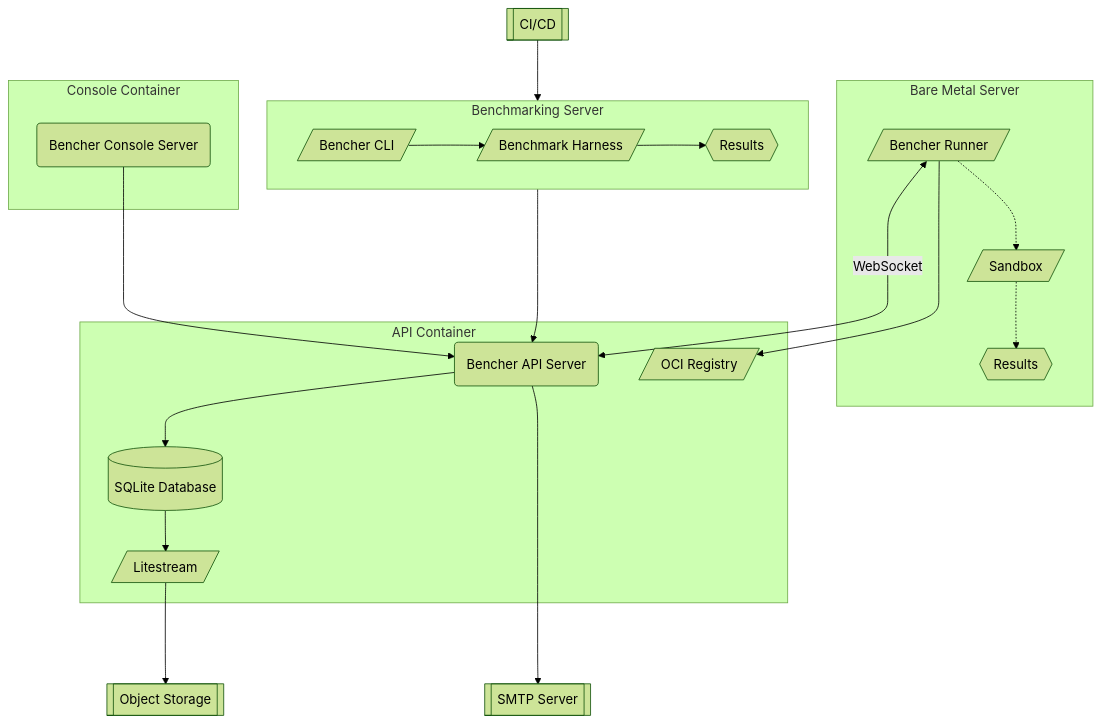
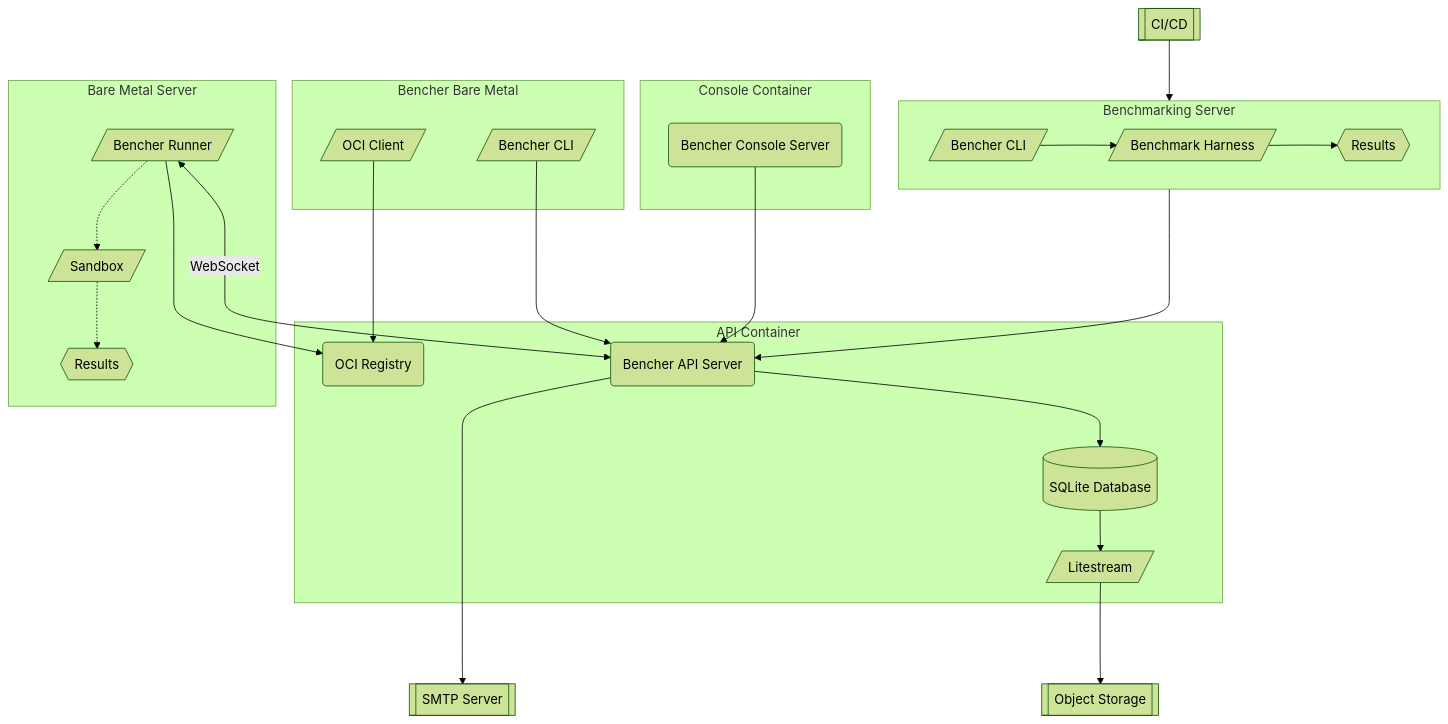
One commit to bencherdev/bencher changed the diagram in services/console/diagrams/architecture.mmd. Above: the diagram before and after it, drawn with Mermaid (forest theme).

```diff
--- a/services/console/diagrams/architecture.mmd
+++ b/services/console/diagrams/architecture.mmd
@@ -1,48 +1,57 @@
 graph TD
 
 Console(Bencher Console Server)
 Cli[/Bencher CLI/]
 Api(Bencher API Server)
 Db[(SQLite Database)]
 Litestream[/Litestream/]
 Storage[[Object Storage]]
 Smtp[[SMTP Server]]
 CiCd[[CI/CD]]
 BenchmarkHarness[/Benchmark Harness/]
 Runner[/Bencher Runner/]
-OciRegistry[/OCI Registry/]
+OciRegistry(OCI Registry)
+OciClient[/OCI Client/]
+BmCli[/Bencher CLI/]
 Sandbox[/Sandbox/]
 
 Console ---> Api
 subgraph Console Container
     Console
 end
 
 CiCd --> BenchmarkingServer
 BenchmarkingServer ---> Api
 subgraph BenchmarkingServer[Benchmarking Server]
     direction LR
     Cli --> BenchmarkHarness
     BenchmarkHarness --> Results{{Results}}
+end
+
+OciClient ---> OciRegistry
+BmCli ---> Api
+subgraph BencherBareMetal[Bencher Bare Metal]
+    OciClient
+    BmCli
 end
 
 Runner <--->|WebSocket| Api
 Runner ---> OciRegistry
 Runner -.-> Sandbox
 Sandbox -.-> RunnerResults{{Results}}
 subgraph BareMetalServer[Bare Metal Server]
     Runner
     Sandbox
     RunnerResults
 end
 
 Api --> Db
 Db --> Litestream
 Litestream ---> Storage
 Api -----> Smtp
 subgraph API Container
     Api
     Db
     Litestream
     OciRegistry
 end
```
